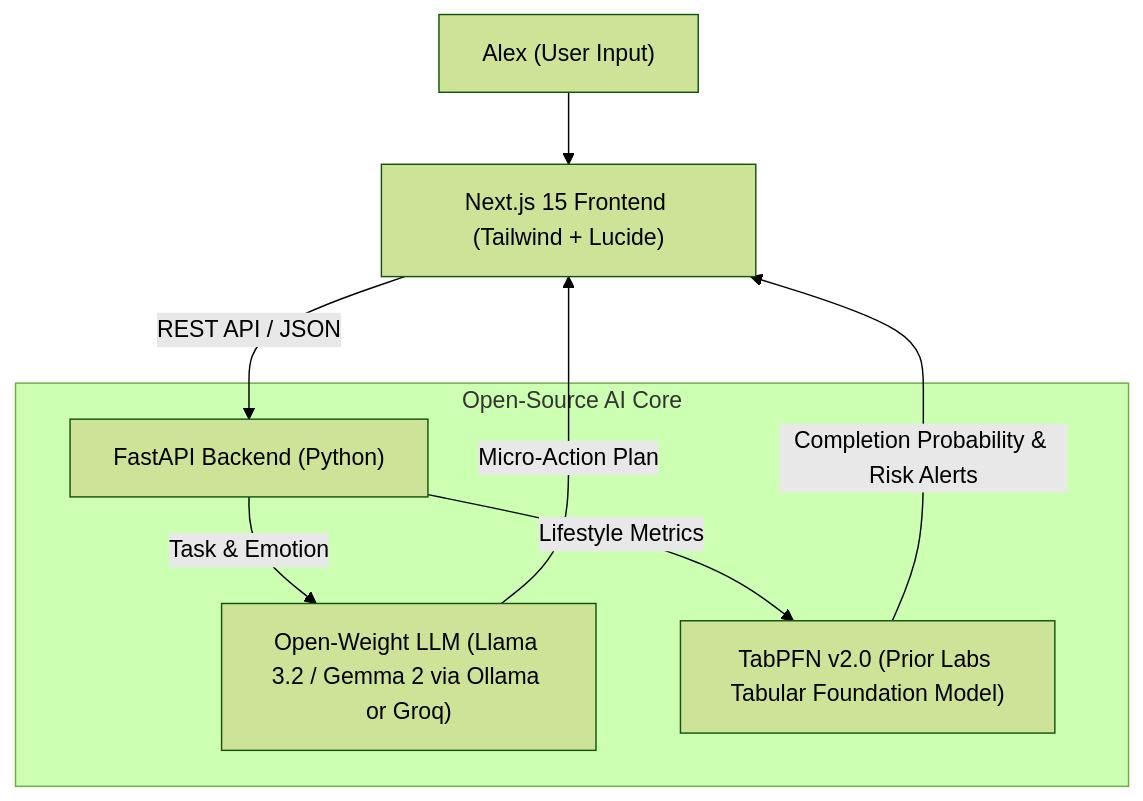
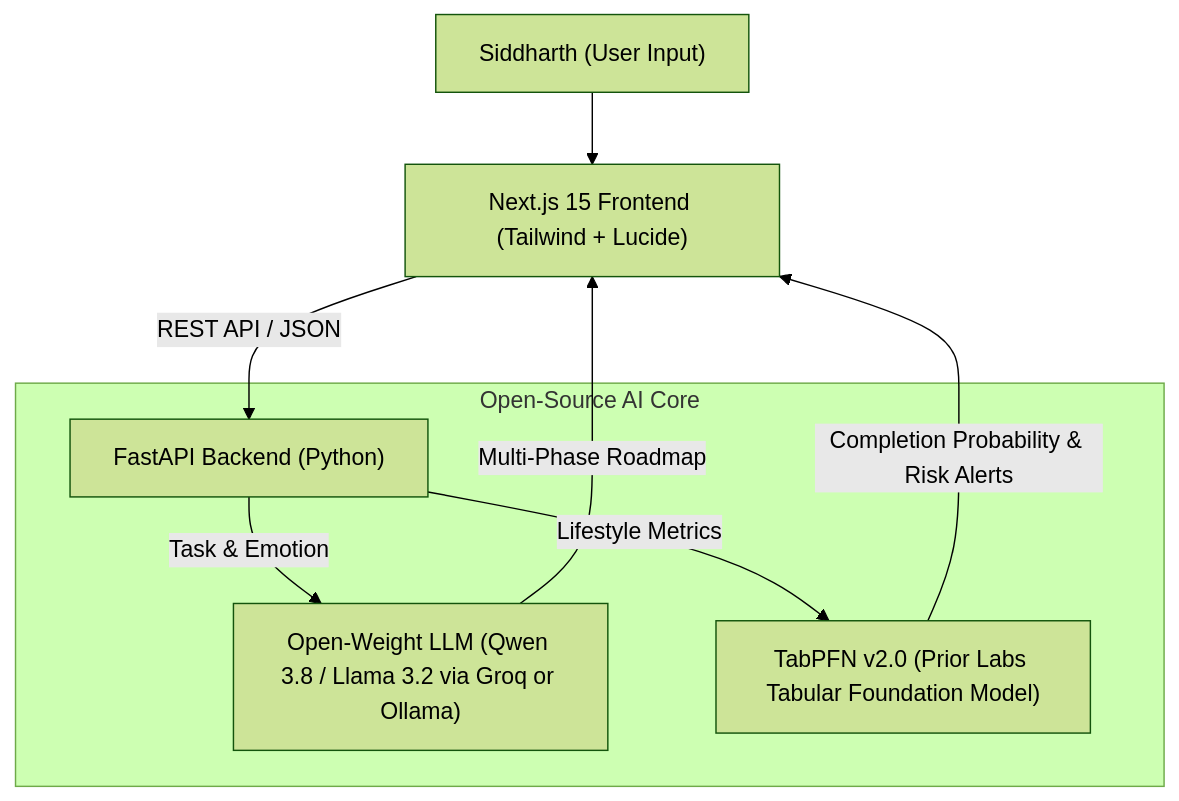
The diagram in README.md (arshbuilds/hf26), drawn with Mermaid (forest theme) before and after one commit. The commit also changed other lines of this file and 6 other files, not shown here.

````diff
--- a/README.md
+++ b/README.md
@@ -34,13 +37,13 @@
 ```mermaid
 flowchart TD
-    User["Alex (User Input)"] --> Next["Next.js 15 Frontend (Tailwind + Lucide)"]
+    User["Siddharth (User Input)"] --> Next["Next.js 15 Frontend (Tailwind + Lucide)"]
     Next -->|"REST API / JSON"| API["FastAPI Backend (Python)"]
 
     subgraph Open_AI_Core["Open-Source AI Core"]
-        API -->|"Task & Emotion"| LLM["Open-Weight LLM (Llama 3.2 / Gemma 2 via Ollama or Groq)"]
+        API -->|"Task & Emotion"| LLM["Open-Weight LLM (Qwen 3.8 / Llama 3.2 via Groq or Ollama)"]
         API -->|"Lifestyle Metrics"| TPFN["TabPFN v2.0 (Prior Labs Tabular Foundation Model)"]
     end
 
-    LLM -->|"Micro-Action Plan"| Next
+    LLM -->|"Multi-Phase Roadmap"| Next
     TPFN -->|"Completion Probability & Risk Alerts"| Next
 ```
````
